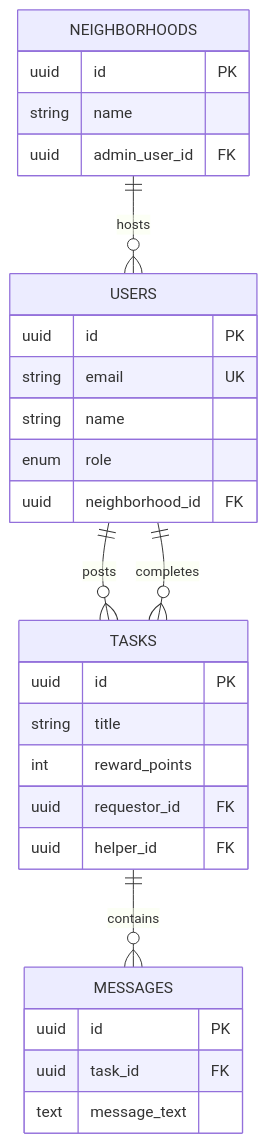
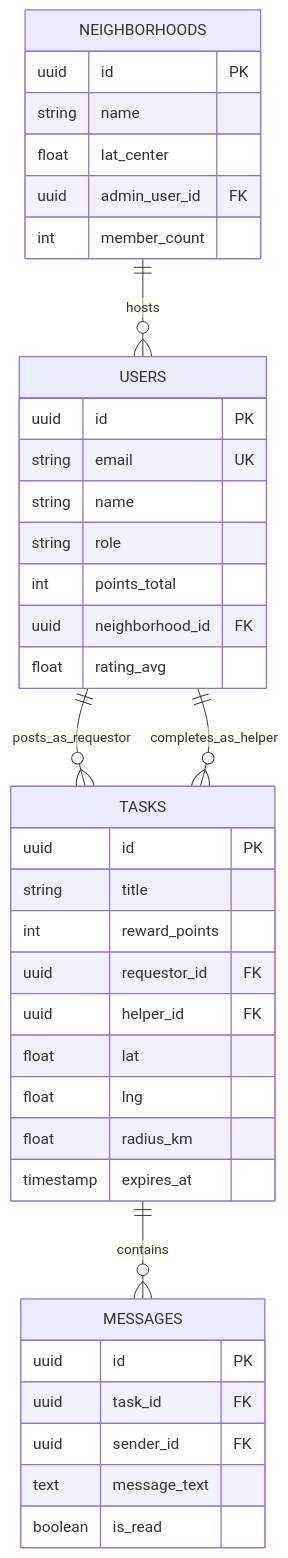
One commit to evisp/holbertonschool-ai4devs changed the diagram in architecture_blueprint_assistant/data_model.mmd. Above: the diagram before and after it, drawn with Mermaid. The commit also changed 1 other file, not shown here.

Commit message:
Create a data model aligned with chosen architecture.

```diff
--- a/architecture_blueprint_assistant/data_model.mmd
+++ b/architecture_blueprint_assistant/data_model.mmd
@@ -1,33 +1,43 @@
 erDiagram
-    USERS ||--o{ TASKS : posts
-    USERS ||--o{ TASKS : completes  
-    TASKS ||--o{ MESSAGES : contains
-    NEIGHBORHOODS ||--o{ USERS : hosts
+    NEIGHBORHOODS ||--o{ USERS : "hosts"
+    USERS ||--o{ TASKS : "posts_as_requestor"
+    USERS ||--o{ TASKS : "completes_as_helper"
+    TASKS ||--o{ MESSAGES : "contains"
     
     USERS {
       uuid id PK
       string email UK
       string name
-      enum role
+      string role
+      int points_total
       uuid neighborhood_id FK
+      float rating_avg
     }
     
     TASKS {
-      uuid id PK 
+      uuid id PK
       string title
       int reward_points
       uuid requestor_id FK
       uuid helper_id FK
+      float lat
+      float lng
+      float radius_km
+      timestamp expires_at
     }
     
     MESSAGES {
       uuid id PK
       uuid task_id FK
+      uuid sender_id FK
       text message_text
+      boolean is_read
     }
     
     NEIGHBORHOODS {
       uuid id PK
       string name
+      float lat_center
       uuid admin_user_id FK
+      int member_count
     }
```
